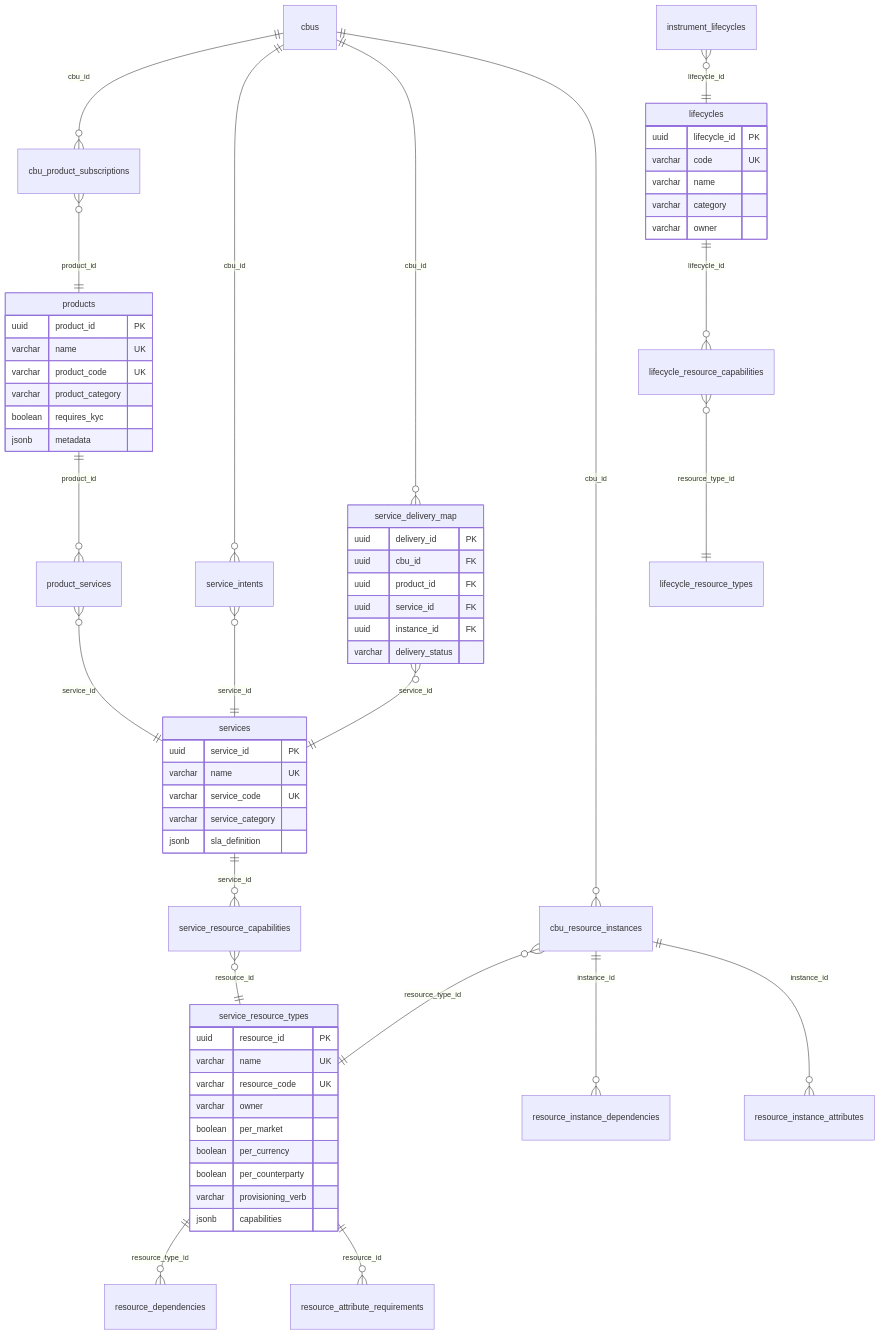
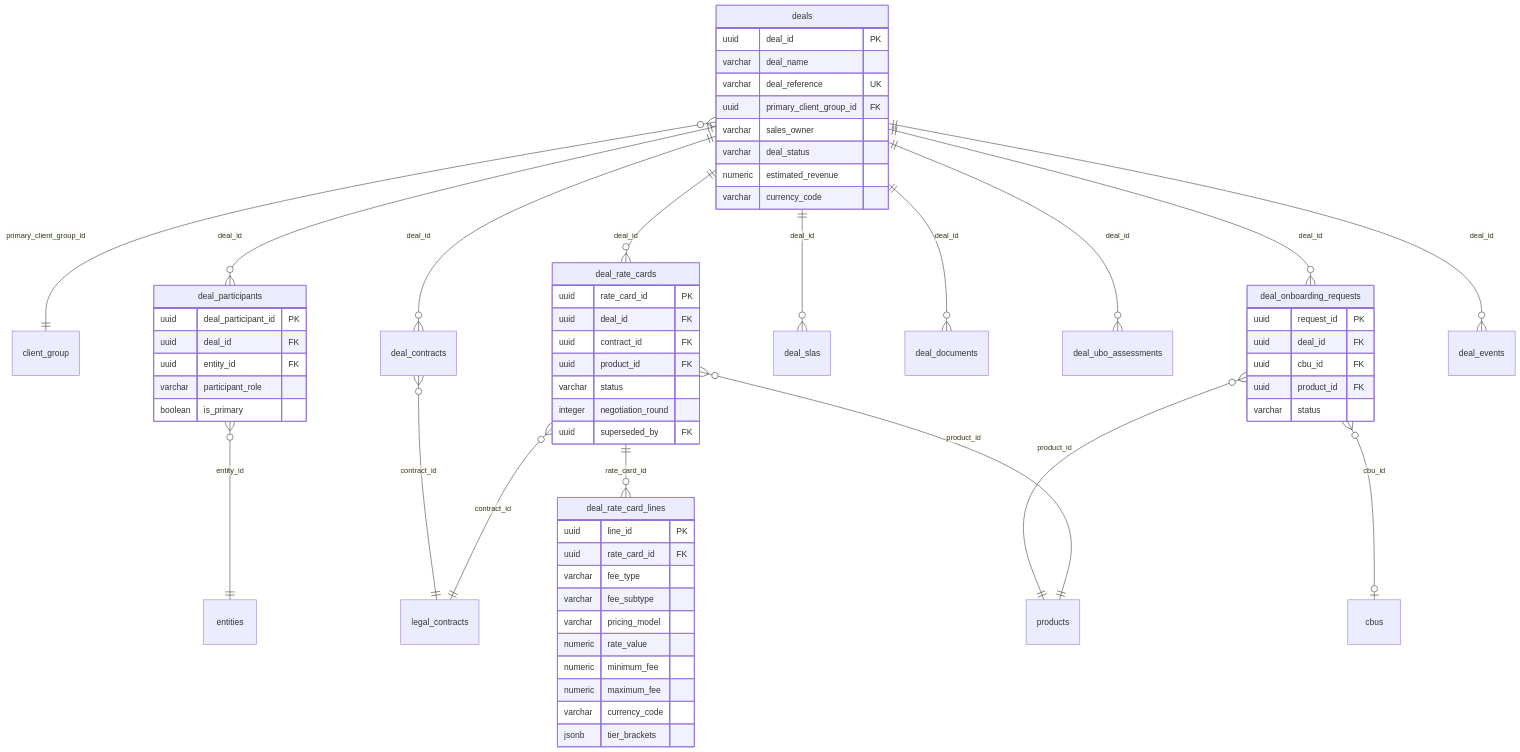
One commit to adamtc007/ob-poc changed the third of 10 diagrams in migrations/OB_POC_SCHEMA_ENTITY_OVERVIEW.md. Above: the diagram before and after it, drawn with Mermaid. The commit also changed other lines of this file and 36 other files, not shown here.

First line of the commit message:
feat(verbs): reconcile DSL verb set with schema — 5 gap fixes

````diff
--- a/migrations/OB_POC_SCHEMA_ENTITY_OVERVIEW.md
+++ b/migrations/OB_POC_SCHEMA_ENTITY_OVERVIEW.md
@@ -431,68 +201,69 @@
 ```mermaid
 erDiagram
-    products ||--o{ product_services : "product_id"
-    product_services }o--|| services : "service_id"
-    services ||--o{ service_resource_capabilities : "service_id"
-    service_resource_capabilities }o--|| service_resource_types : "resource_id"
-    service_resource_types ||--o{ resource_dependencies : "resource_type_id"
-    service_resource_types ||--o{ resource_attribute_requirements : "resource_id"
-    cbus ||--o{ cbu_product_subscriptions : "cbu_id"
-    cbu_product_subscriptions }o--|| products : "product_id"
-    cbus ||--o{ service_intents : "cbu_id"
-    service_intents }o--|| services : "service_id"
-    cbus ||--o{ service_delivery_map : "cbu_id"
-    service_delivery_map }o--|| services : "service_id"
-    cbus ||--o{ cbu_resource_instances : "cbu_id"
-    cbu_resource_instances }o--|| service_resource_types : "resource_type_id"
-    cbu_resource_instances ||--o{ resource_instance_dependencies : "instance_id"
-    cbu_resource_instances ||--o{ resource_instance_attributes : "instance_id"
-    lifecycles ||--o{ lifecycle_resource_capabilities : "lifecycle_id"
-    lifecycle_resource_capabilities }o--|| lifecycle_resource_types : "resource_type_id"
-    instrument_lifecycles }o--|| lifecycles : "lifecycle_id"
+    deals }o--|| client_group : "primary_client_group_id"
+    deals ||--o{ deal_participants : "deal_id"
+    deals ||--o{ deal_contracts : "deal_id"
+    deals ||--o{ deal_rate_cards : "deal_id"
+    deals ||--o{ deal_slas : "deal_id"
+    deals ||--o{ deal_documents : "deal_id"
+    deals ||--o{ deal_ubo_assessments : "deal_id"
+    deals ||--o{ deal_onboarding_requests : "deal_id"
+    deals ||--o{ deal_events : "deal_id"
+    deal_participants }o--|| entities : "entity_id"
+    deal_rate_cards }o--|| legal_contracts : "contract_id"
+    deal_rate_cards }o--|| products : "product_id"
+    deal_rate_cards ||--o{ deal_rate_card_lines : "rate_card_id"
+    deal_contracts }o--|| legal_contracts : "contract_id"
+    deal_onboarding_requests }o--o| cbus : "cbu_id"
+    deal_onboarding_requests }o--|| products : "product_id"
 
-    products {
-        uuid product_id PK
-        varchar name UK
-        varchar product_code UK
-        varchar product_category
-        boolean requires_kyc
-        jsonb metadata
+    deals {
+        uuid deal_id PK
+        varchar deal_name
+        varchar deal_reference UK
+        uuid primary_client_group_id FK
+        varchar sales_owner
+        varchar deal_status
+        numeric estimated_revenue
+        varchar currency_code
     }
 
-    services {
-        uuid service_id PK
-        varchar name UK
-        varchar service_code UK
-        varchar service_category
-        jsonb sla_definition
+    deal_participants {
+        uuid deal_participant_id PK
+        uuid deal_id FK
+        uuid entity_id FK
+        varchar participant_role
+        boolean is_primary
     }
 
-    service_resource_types {
-        uuid resource_id PK
-        varchar name UK
-        varchar resource_code UK
-        varchar owner
-        boolean per_market
-        boolean per_currency
-        boolean per_counterparty
-        varchar provisioning_verb
-        jsonb capabilities
+    deal_rate_cards {
+        uuid rate_card_id PK
+        uuid deal_id FK
+        uuid contract_id FK
+        uuid product_id FK
+        varchar status
+        integer negotiation_round
+        uuid superseded_by FK
     }
 
-    service_delivery_map {
-        uuid delivery_id PK
+    deal_rate_card_lines {
+        uuid line_id PK
+        uuid rate_card_id FK
+        varchar fee_type
+        varchar fee_subtype
+        varchar pricing_model
+        numeric rate_value
+        numeric minimum_fee
+        numeric maximum_fee
+        varchar currency_code
+        jsonb tier_brackets
+    }
+
+    deal_onboarding_requests {
+        uuid request_id PK
+        uuid deal_id FK
         uuid cbu_id FK
         uuid product_id FK
-        uuid service_id FK
-        uuid instance_id FK
-        varchar delivery_status
-    }
-
-    lifecycles {
-        uuid lifecycle_id PK
-        varchar code UK
-        varchar name
-        varchar category
-        varchar owner
+        varchar status
     }
 ```
````
